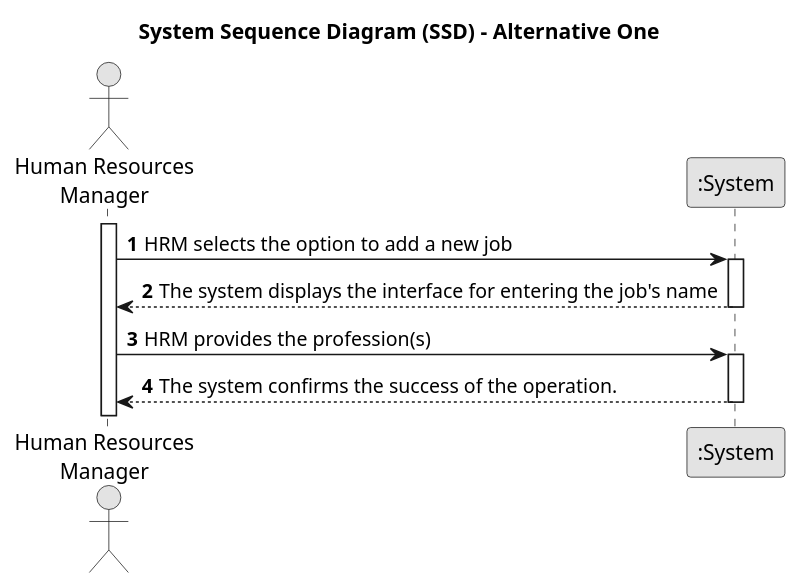
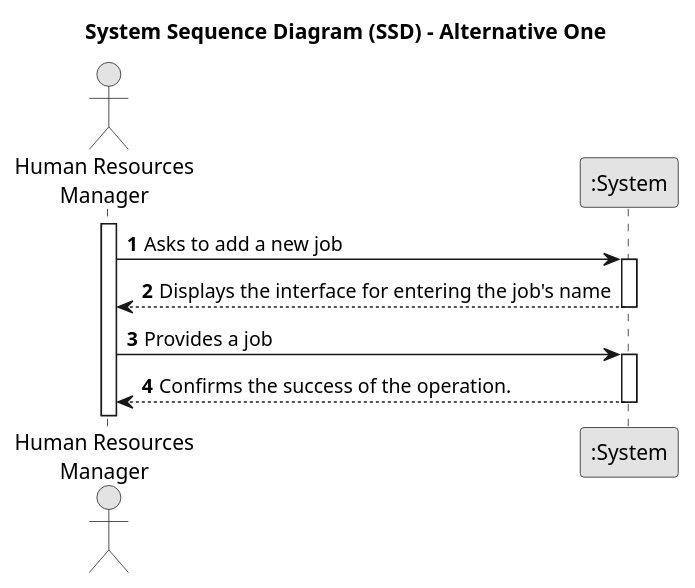
Before and after one commit to SAEmanuel/Green_Spaces_Management_ISEP: the diagram in docs/sprintB/us002/01.requirements-engineering/puml/us002-system-sequence-diagram-alternative-one.puml, drawn with PlantUML. The commit also changed 6 other files, not shown here.

```diff
--- a/docs/sprintB/us002/01.requirements-engineering/puml/us002-system-sequence-diagram-alternative-one.puml
+++ b/docs/sprintB/us002/01.requirements-engineering/puml/us002-system-sequence-diagram-alternative-one.puml
@@ -1,30 +1,30 @@
 @startuml
 skinparam monochrome true
 skinparam packageStyle rectangle
 skinparam shadowing false
 
 title System Sequence Diagram (SSD) - Alternative One
 
 autonumber
 
 actor "Human Resources\nManager" as HRM
 participant ":System" as System
 
 activate HRM
 
 
-     HRM -> System : HRM selects the option to add a new job
+     HRM -> System : Asks to add a new job
     activate System
 
-        System --> HRM : The system displays the interface for entering the job's name
+        System --> HRM : Displays the interface for entering the job's name
     deactivate System
 
-        HRM -> System : HRM provides the profession(s)
+        HRM -> System : Provides a job
     activate System
 
-        System --> HRM : The system confirms the success of the operation.
+        System --> HRM : Confirms the success of the operation.
     deactivate System
 
 
 
 @enduml
```
